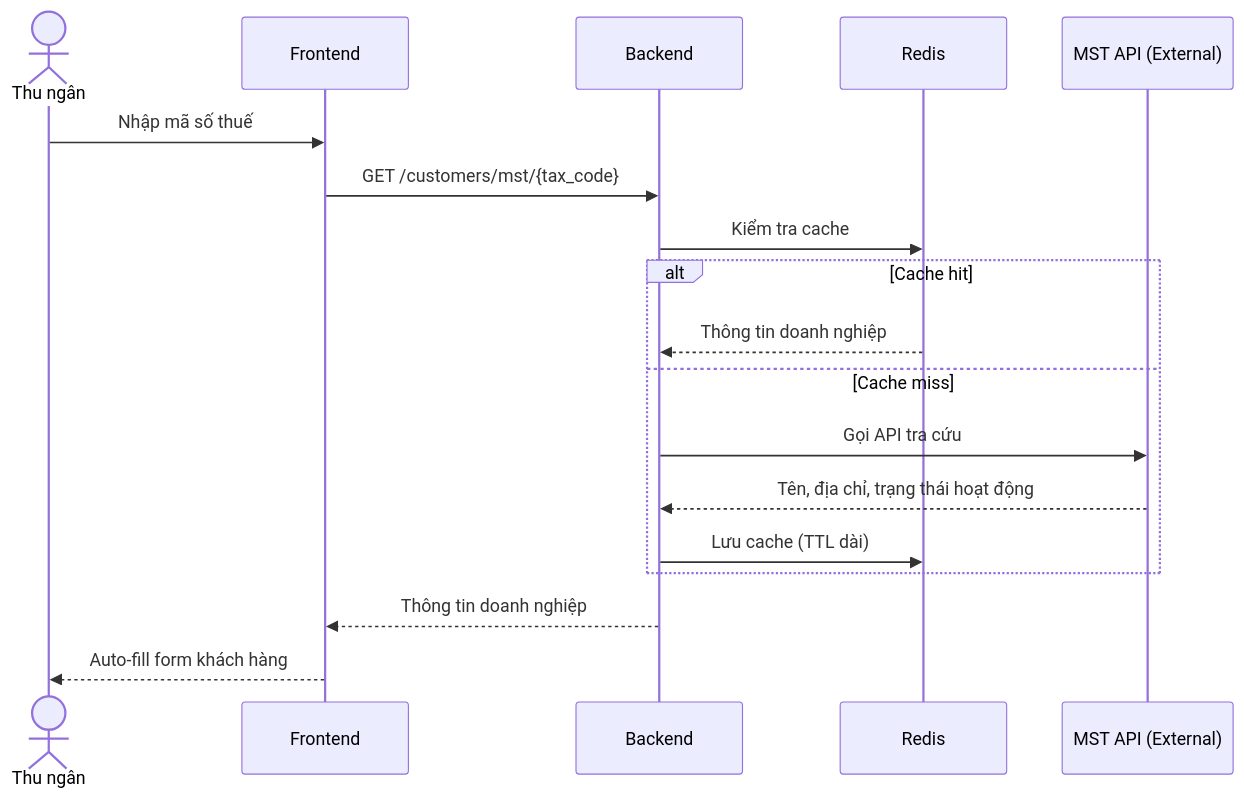
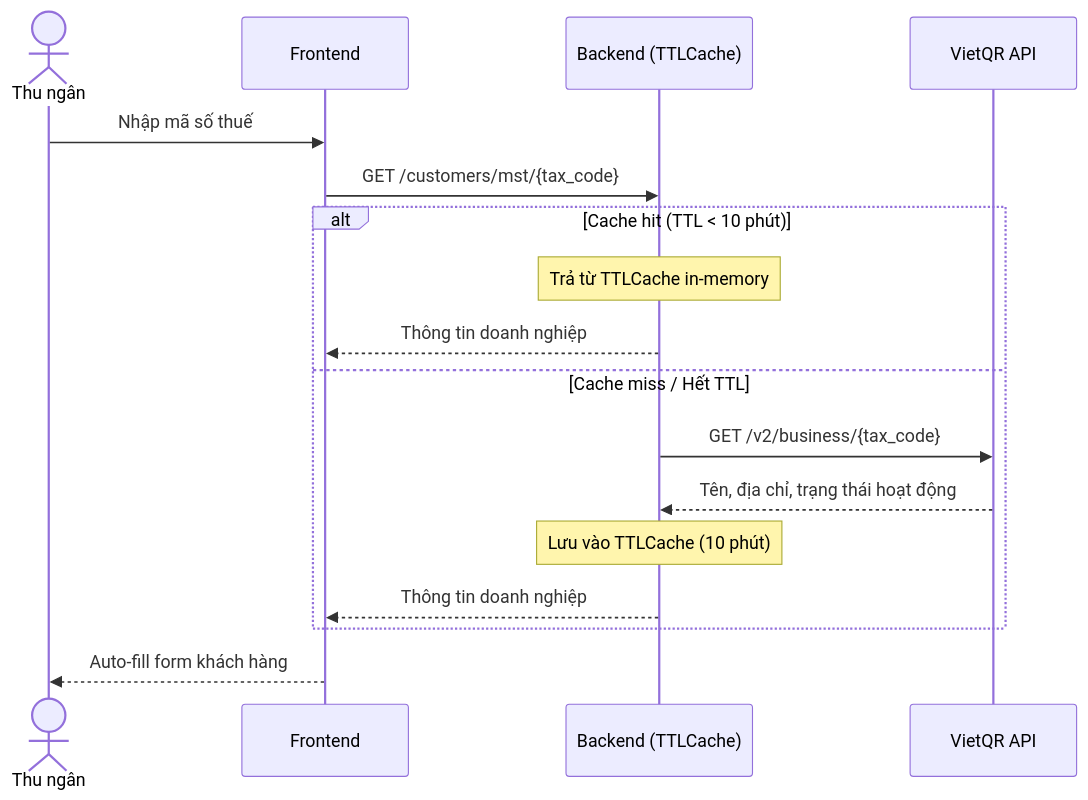
One commit to ngohuuduc/VJ_mobile_POS changed the third of 10 diagrams in docs/process_flow.md. Above: the diagram before and after it, drawn with Mermaid. The commit also changed other lines of this file and 2 other files, not shown here.

Commit message:
trả lời câu hỏi lần 2

````diff
--- a/docs/process_flow.md
+++ b/docs/process_flow.md
@@ -62,21 +64,20 @@
 ```mermaid
 sequenceDiagram
     actor User as Thu ngân
     participant FE as Frontend
-    participant BE as Backend
-    participant Redis
-    participant MST as MST API (External)
+    participant BE as Backend (TTLCache)
+    participant MST as VietQR API
 
     User->>FE: Nhập mã số thuế
     FE->>BE: GET /customers/mst/{tax_code}
-    BE->>Redis: Kiểm tra cache
-    alt Cache hit
-        Redis-->>BE: Thông tin doanh nghiệp
-    else Cache miss
-        BE->>MST: Gọi API tra cứu
+    alt Cache hit (TTL < 10 phút)
+        Note over BE: Trả từ TTLCache in-memory
+        BE-->>FE: Thông tin doanh nghiệp
+    else Cache miss / Hết TTL
+        BE->>MST: GET /v2/business/{tax_code}
         MST-->>BE: Tên, địa chỉ, trạng thái hoạt động
-        BE->>Redis: Lưu cache (TTL dài)
+        Note over BE: Lưu vào TTLCache (10 phút)
+        BE-->>FE: Thông tin doanh nghiệp
     end
-    BE-->>FE: Thông tin doanh nghiệp
     FE-->>User: Auto-fill form khách hàng
 ```
````
